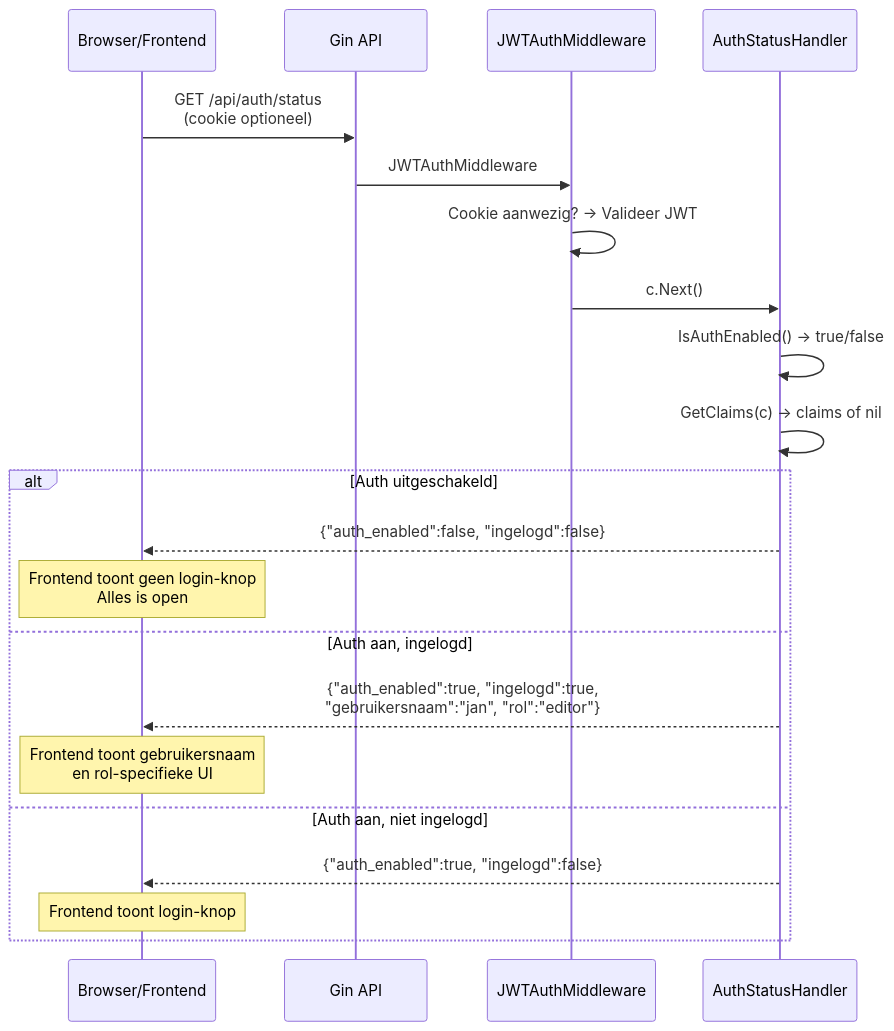
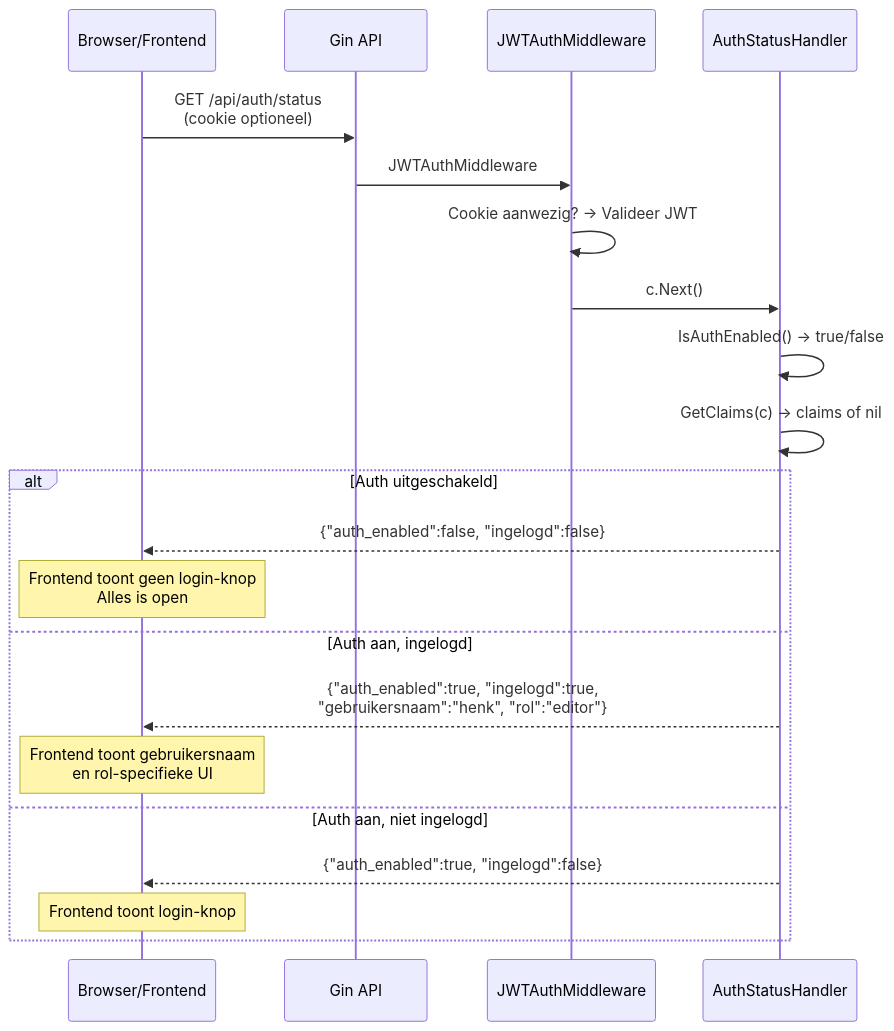
Before and after one commit to MarkWestbroek/Bitemporal_2026: the seventh of 8 diagrams in bitemp_register_v06/docs/AUTH_DEVELOPER_GUIDE.md, drawn with Mermaid. The commit also changed other lines of this file and 36 other files, not shown here.

````diff
--- a/bitemp_register_v06/docs/AUTH_DEVELOPER_GUIDE.md
+++ b/bitemp_register_v06/docs/AUTH_DEVELOPER_GUIDE.md
@@ -372,27 +373,27 @@
 ```mermaid
 sequenceDiagram
     participant B as Browser/Frontend
     participant G as Gin API
     participant MW as JWTAuthMiddleware
     participant H as AuthStatusHandler
 
     B->>G: GET /api/auth/status<br/>(cookie optioneel)
 
     G->>MW: JWTAuthMiddleware
     MW->>MW: Cookie aanwezig? → Valideer JWT
     MW->>H: c.Next()
 
     H->>H: IsAuthEnabled() → true/false
     H->>H: GetClaims(c) → claims of nil
 
     alt Auth uitgeschakeld
         H-->>B: {"auth_enabled":false, "ingelogd":false}
         Note over B: Frontend toont geen login-knop<br/>Alles is open
     else Auth aan, ingelogd
-        H-->>B: {"auth_enabled":true, "ingelogd":true,<br/>"gebruikersnaam":"jan", "rol":"editor"}
+        H-->>B: {"auth_enabled":true, "ingelogd":true,<br/>"gebruikersnaam":"henk", "rol":"editor"}
         Note over B: Frontend toont gebruikersnaam<br/>en rol-specifieke UI
     else Auth aan, niet ingelogd
         H-->>B: {"auth_enabled":true, "ingelogd":false}
         Note over B: Frontend toont login-knop
     end
 ```
````
